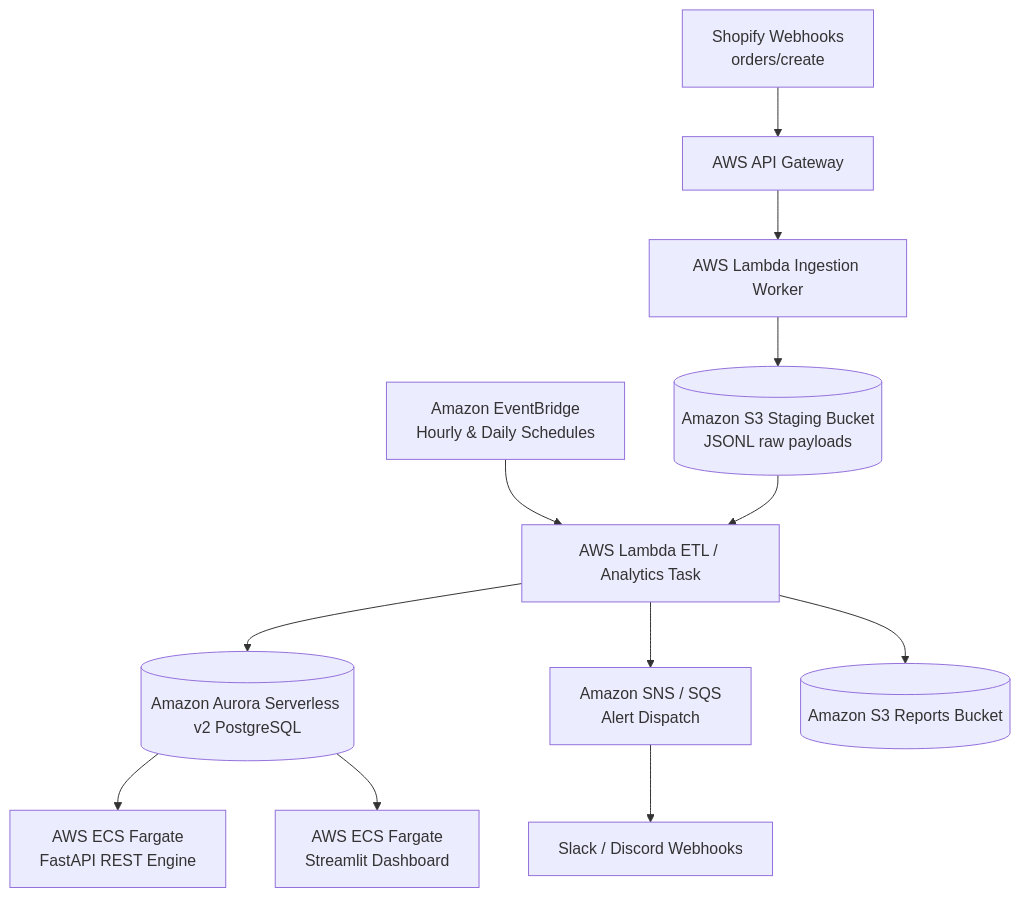
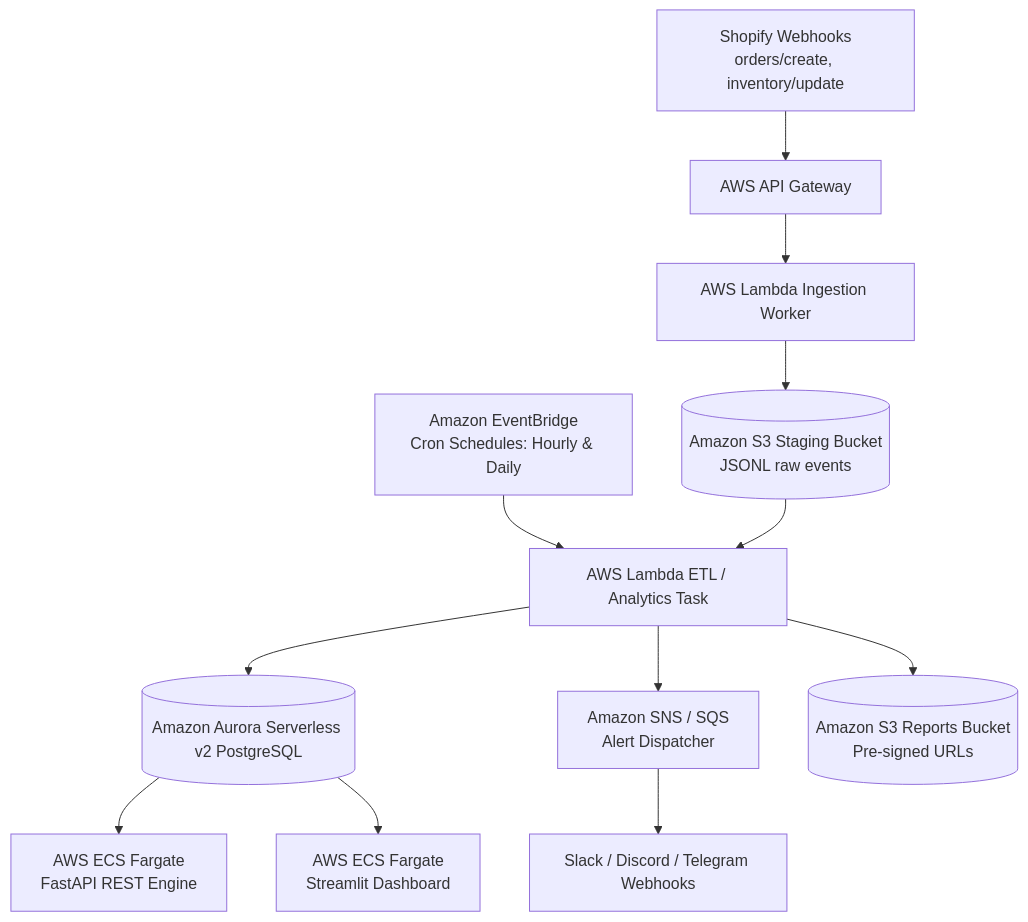
One commit to omprakash2929/SellerPulse-Marketplace-SKU-Analytics-Automation-Platform changed the second of 2 diagrams in README.md. Above: the diagram before and after it, drawn with Mermaid. The commit also changed other lines of this file, not shown here.

````diff
--- a/README.md
+++ b/README.md
@@ -268,17 +301,17 @@
 ```mermaid
 flowchart TD
-    Shopify[Shopify Webhooks\norders/create] --> APIGW[AWS API Gateway]
+    Shopify[Shopify Webhooks\norders/create, inventory/update] --> APIGW[AWS API Gateway]
     APIGW --> LambdaIngest[AWS Lambda Ingestion Worker]
-    LambdaIngest --> S3Staging[(Amazon S3 Staging Bucket\nJSONL raw payloads)]
+    LambdaIngest --> S3Staging[(Amazon S3 Staging Bucket\nJSONL raw events)]
     
-    EB[Amazon EventBridge\nHourly & Daily Schedules] --> LambdaETL[AWS Lambda ETL / Analytics Task]
+    EB[Amazon EventBridge\nCron Schedules: Hourly & Daily] --> LambdaETL[AWS Lambda ETL / Analytics Task]
     S3Staging --> LambdaETL
     LambdaETL --> RDS[(Amazon Aurora Serverless v2 PostgreSQL)]
     
     RDS --> ECS[AWS ECS Fargate\nFastAPI REST Engine]
     RDS --> ECSDash[AWS ECS Fargate\nStreamlit Dashboard]
     
-    LambdaETL --> SNS[Amazon SNS / SQS\nAlert Dispatch]
-    SNS --> SlackHook[Slack / Discord Webhooks]
-    LambdaETL --> S3Reports[(Amazon S3 Reports Bucket)]
+    LambdaETL --> SNS[Amazon SNS / SQS\nAlert Dispatcher]
+    SNS --> SlackHook[Slack / Discord / Telegram Webhooks]
+    LambdaETL --> S3Reports[(Amazon S3 Reports Bucket\nPre-signed URLs)]
 ```
````
